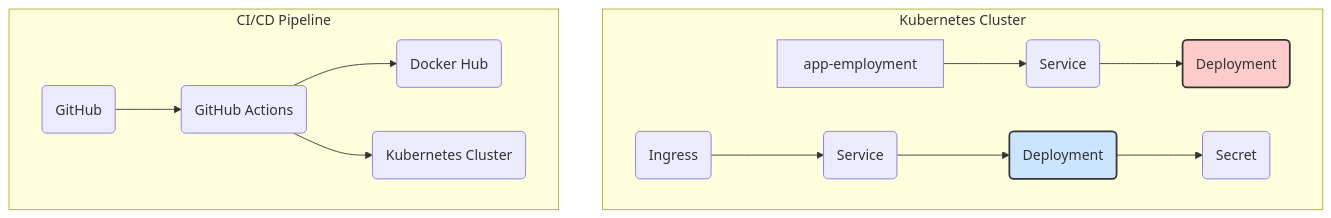
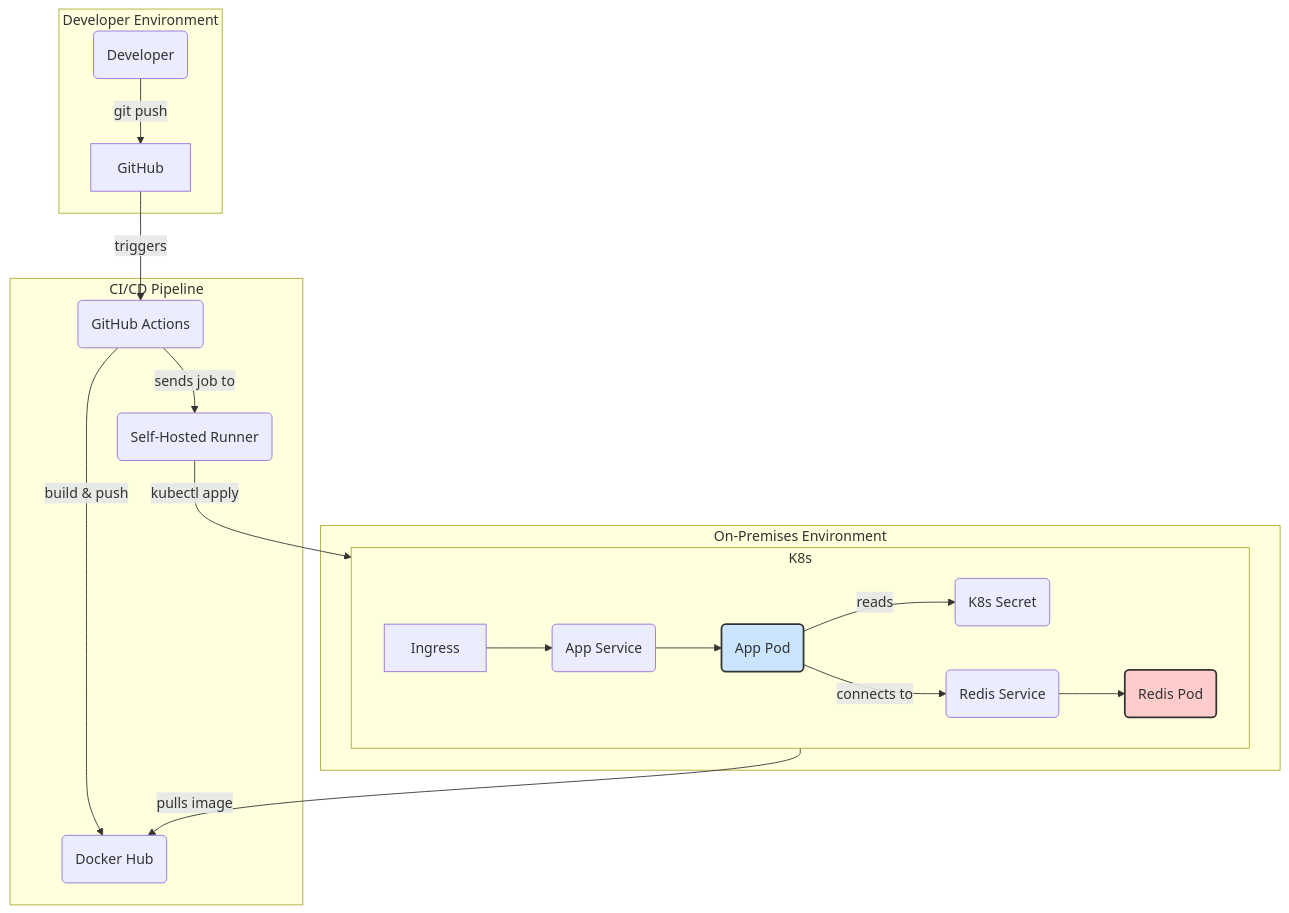
The diagram in README.md (dmytro108/mustage-test), drawn with Mermaid before and after one commit. The commit also changed other lines of this file, not shown here.

````diff
--- a/README.md
+++ b/README.md
@@ -17,19 +17,27 @@
 ```mermaid
 graph TD
-    subgraph "Kubernetes Cluster"
-        ingress(Ingress) --> app-service(Service)
-        app-service --> app-deployment(Deployment)
-        app-employment --> redis-service(Service)
-        redis-service --> redis-deployment(Deployment)
-        app-deployment --> secret(Secret)
+    subgraph "Developer Environment"
+        Dev(Developer) -- "git push" --> GitHub
     end
 
     subgraph "CI/CD Pipeline"
-        github(GitHub) --> actions(GitHub Actions)
-        actions --> docker(Docker Hub)
-        actions --> kubernetes(Kubernetes Cluster)
+        GitHub -- "triggers" --> GA(GitHub Actions)
+        GA -- "build & push" --> DockerHub(Docker Hub)
+        GA -- "sends job to" --> Runner(Self-Hosted Runner)
+    end
+    
+    subgraph "On-Premises Environment"
+        Runner -- "kubectl apply" --> K8s[On-Premises Kubernetes Cluster]
+        subgraph K8s
+            Ingress --> AppSvc(App Service)
+            AppSvc --> AppPod(App Pod)
+            AppPod -- "reads" --> Secret(K8s Secret)
+            AppPod -- "connects to" --> RedisSvc(Redis Service)
+            RedisSvc --> RedisPod(Redis Pod)
+        end
+        K8s -- "pulls image" --> DockerHub
     end
 
-    style app-deployment fill:#cce5ff,stroke:#333,stroke-width:2px
-    style redis-deployment fill:#ffcccc,stroke:#333,stroke-width:2px
+    style AppPod fill:#cce5ff,stroke:#333,stroke-width:2px
+    style RedisPod fill:#ffcccc,stroke:#333,stroke-width:2px
 ```
````
